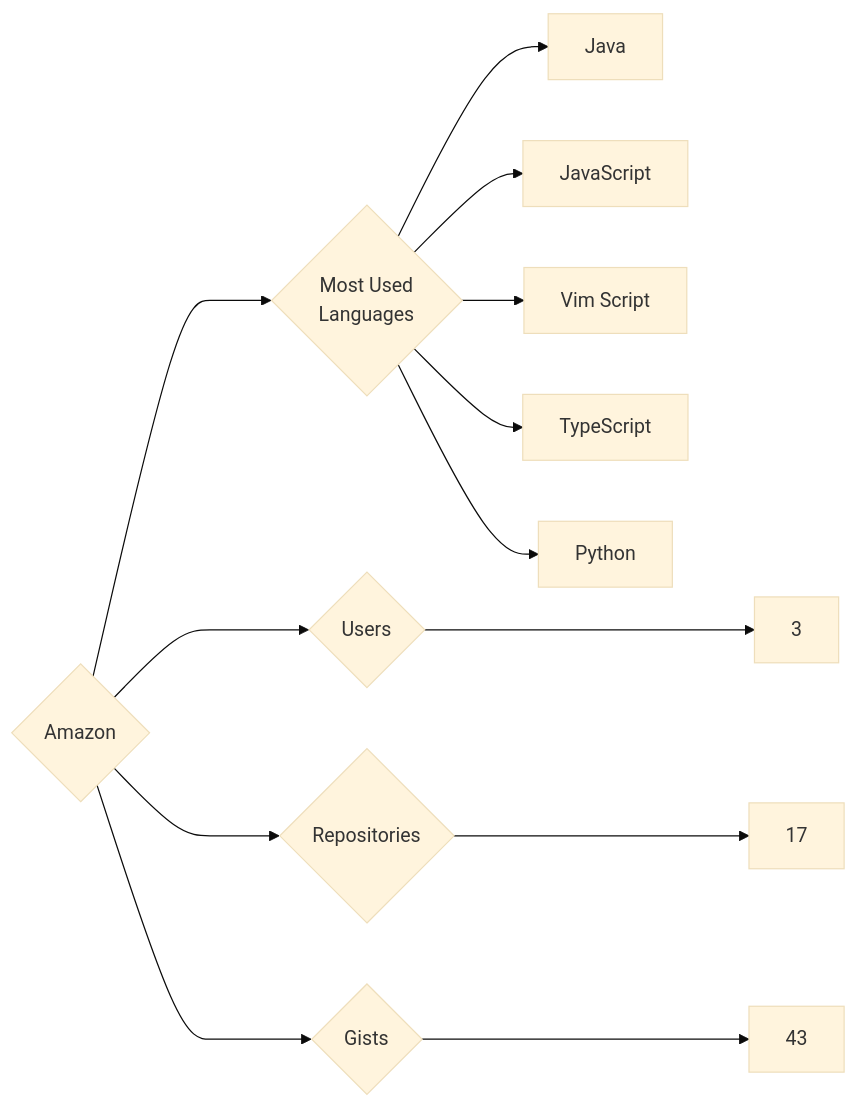
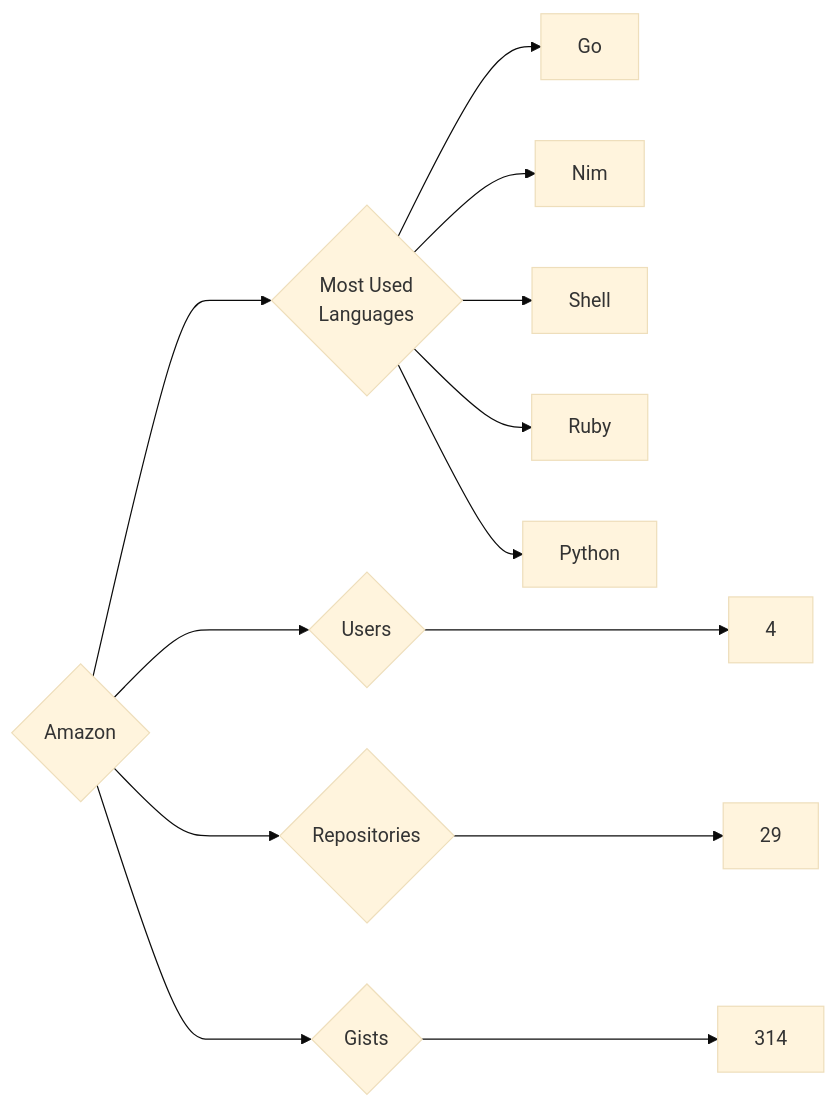
One commit to trickest/insiders changed the diagram in targets/Amazon/README.md. Above: the diagram before and after it, drawn with Mermaid (base theme). The commit also changed 1212 other files, not shown here.

````diff
--- a/targets/Amazon/README.md
+++ b/targets/Amazon/README.md
@@ -3,13 +3,13 @@
 ```mermaid
 graph LR
 COMPANY_NAME{Amazon}
-COMPANY_NAME ---> U{Users} ---> UN[3]
-COMPANY_NAME ---> R{Repositories} ---> RN[17]
-COMPANY_NAME ---> G{Gists} ---> GN[43]
+COMPANY_NAME ---> U{Users} ---> UN[4]
+COMPANY_NAME ---> R{Repositories} ---> RN[29]
+COMPANY_NAME ---> G{Gists} ---> GN[314]
 COMPANY_NAME ---> ML{Most Used<br>Languages}
-ML --> Java[Java]
-ML --> JavaScript[JavaScript]
-ML --> Vim_Script[Vim Script]
-ML --> TypeScript[TypeScript]
+ML --> Go[Go]
+ML --> Nim[Nim]
+ML --> Shell[Shell]
+ML --> Ruby[Ruby]
 ML --> Python[Python]
 ```
````
